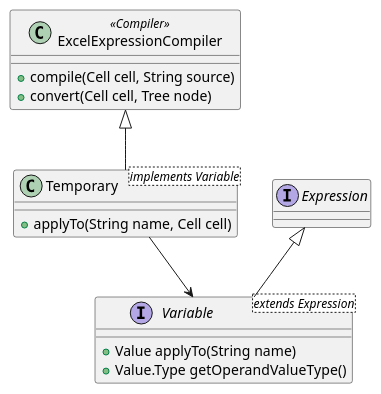
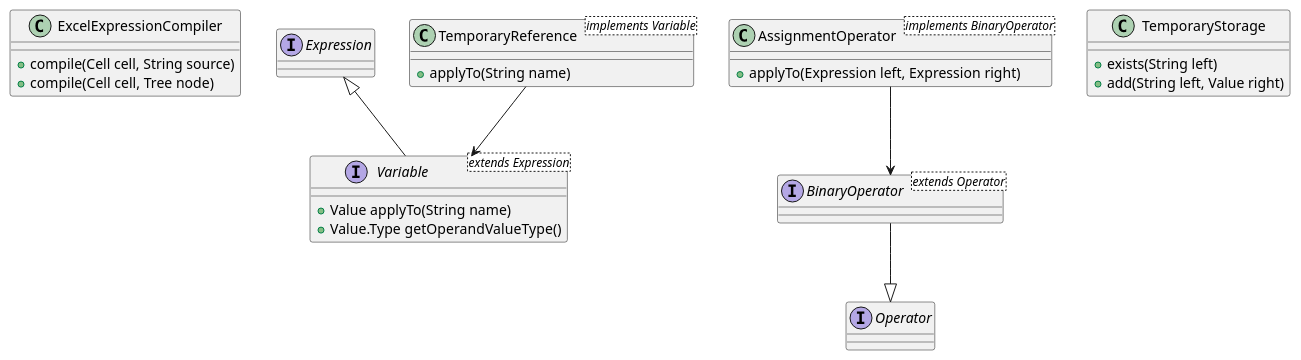
One commit to PeFerreira98/ISEP.Lic.LAPR4_2017 changed the diagram in src/main/java/lapr4/blue/s1/lang/n1140953/variables/domain_model_variables.puml. Above: the diagram before and after it, drawn with PlantUML. The commit also changed 1 other file, not shown here.

```diff
--- a/src/main/java/lapr4/blue/s1/lang/n1140953/variables/domain_model_variables.puml
+++ b/src/main/java/lapr4/blue/s1/lang/n1140953/variables/domain_model_variables.puml
@@ -1,22 +1,36 @@
 @startuml domain_model_variables.png
 
-class ExcelExpressionCompiler <<Compiler>> {
+class ExcelExpressionCompiler {
     +compile(Cell cell, String source)
-    +convert(Cell cell, Tree node)
+    +compile(Cell cell, Tree node)
 }
 
 interface Variable <extends Expression> {
     +Value applyTo(String name)
     +Value.Type getOperandValueType()
 }
-interface Expression {
+
+interface Expression 
+interface BinaryOperator <extends Operator>
+interface Operator
+
+class TemporaryReference <implements Variable> {
+    +applyTo(String name)
 }
 
-class Temporary <implements Variable> {
-    +applyTo(String name, Cell cell)
+class AssignmentOperator <implements BinaryOperator> {
+    +applyTo(Expression left, Expression right)
 }
 
-Temporary --> Variable
-ExcelExpressionCompiler <|-- Temporary
+class TemporaryStorage {
+    +exists(String left)
+    +add(String left, Value right)
+}
+
+
+TemporaryReference --> Variable
 Expression <|-- Variable
+
+AssignmentOperator --> BinaryOperator
+BinaryOperator --|> Operator
 @enduml
```
